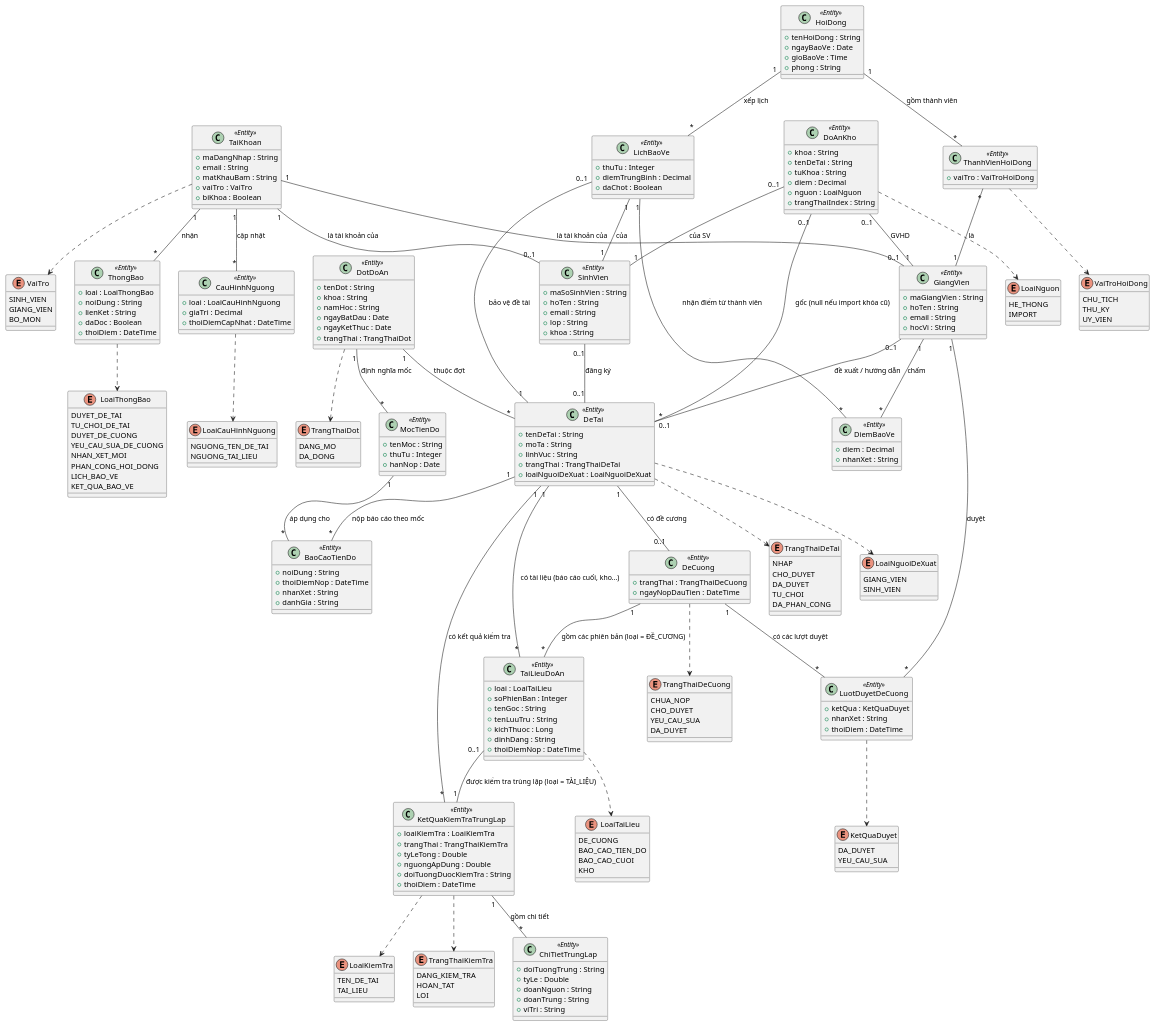
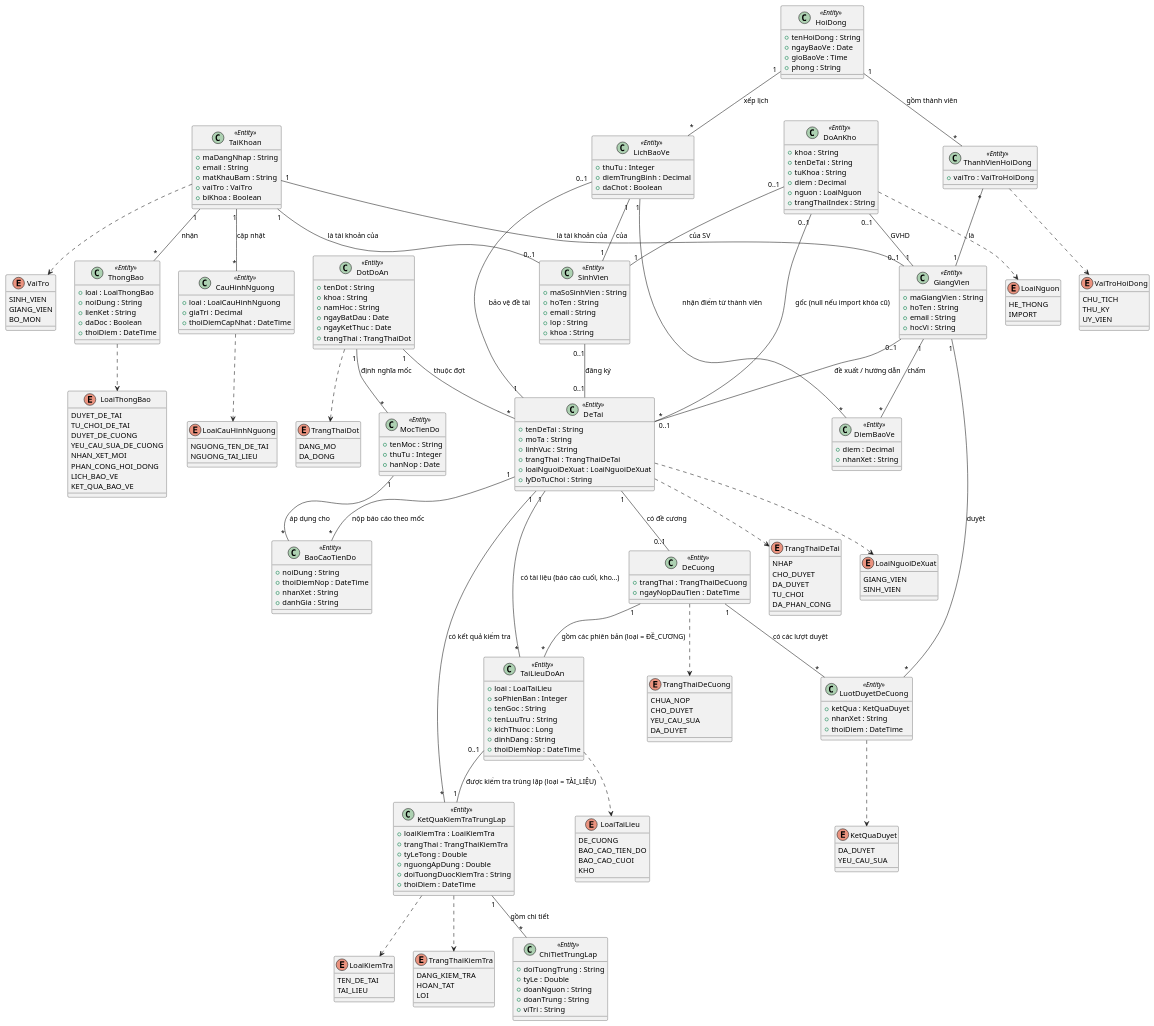
The diagram in docs/chuong-3-thiet-ke/so-do-lop/lop-thuc-the.puml (dtc235200036-alt/ICTU-DATN-NguyenThiMaiAnh), drawn with PlantUML before and after one commit. The commit also changed 16 other files, not shown here.

```diff
--- a/docs/chuong-3-thiet-ke/so-do-lop/lop-thuc-the.puml
+++ b/docs/chuong-3-thiet-ke/so-do-lop/lop-thuc-the.puml
@@ -130,6 +130,7 @@
   +linhVuc : String
   +trangThai : TrangThaiDeTai
   +loaiNguoiDeXuat : LoaiNguoiDeXuat
+  +lyDoTuChoi : String
 }
 
 class KetQuaKiemTraTrungLap <<Entity>> {
```
